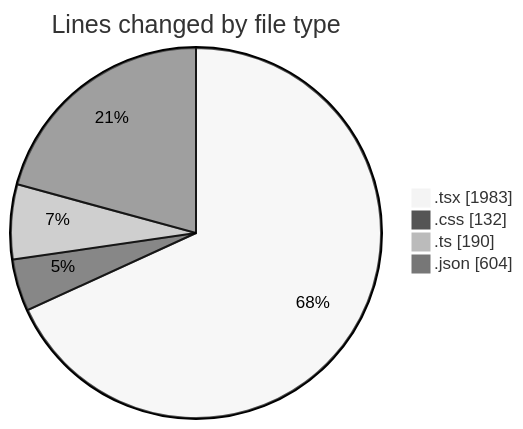
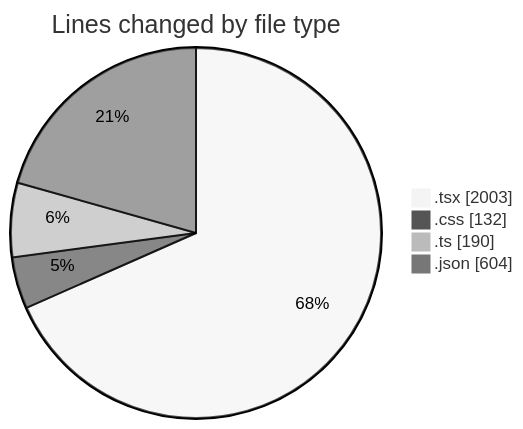
The first of 2 diagrams in 2025-05-06/niten/README.md (Elitesun/code-tracking), drawn with Mermaid (neutral theme) before and after one commit. The commit also changed other lines of this file and 1 other file, not shown here.

````diff
--- a/2025-05-06/niten/README.md
+++ b/2025-05-06/niten/README.md
@@ -53,8 +53,8 @@
 ```mermaid
 pie showData
 title Lines changed by file type
-".tsx" : 1983
+".tsx" : 2003
 ".css" : 132
 ".ts" : 190
 ".json" : 604
 ```
````
